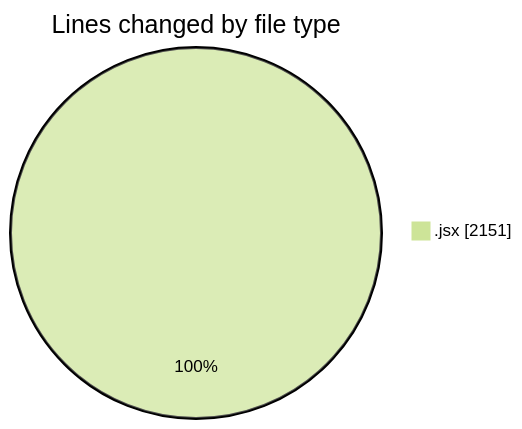
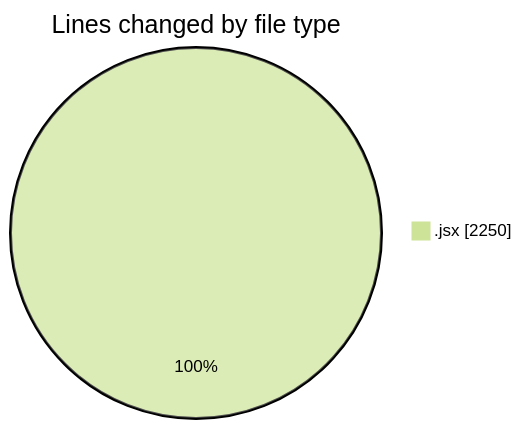
One commit to nxtqubesakshisongat/code-tracking changed the first of 2 diagrams in 2026-01-08/nxtqube_webapp/README.md. Above: the diagram before and after it, drawn with Mermaid (forest theme). The commit also changed other lines of this file and 1 other file, not shown here.

````diff
--- a/2026-01-08/nxtqube_webapp/README.md
+++ b/2026-01-08/nxtqube_webapp/README.md
@@ -20,5 +20,5 @@
 ```mermaid
 pie showData
 title Lines changed by file type
-".jsx" : 2151
+".jsx" : 2250
 ```
````
